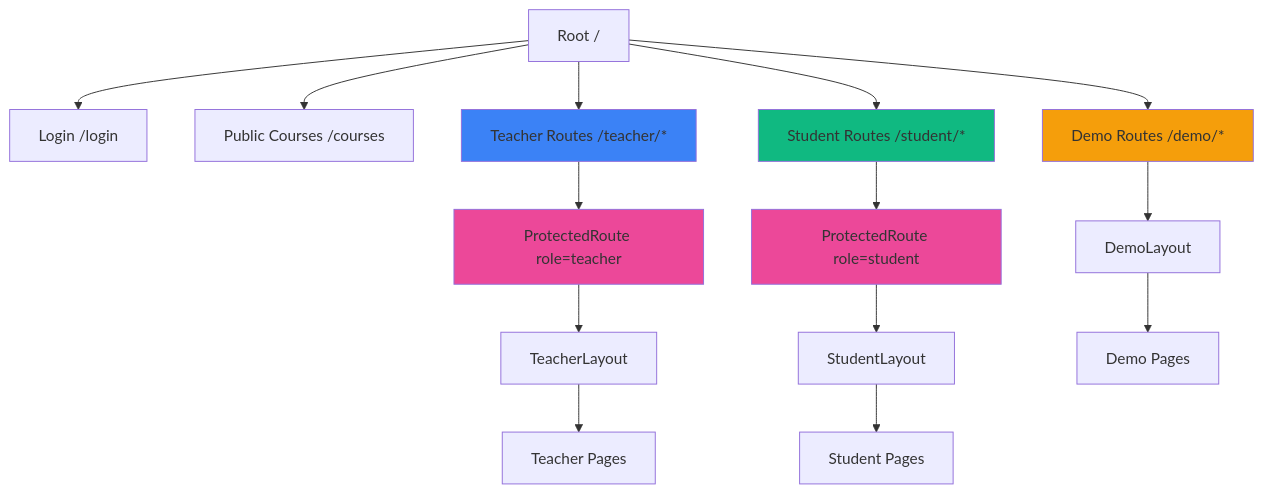
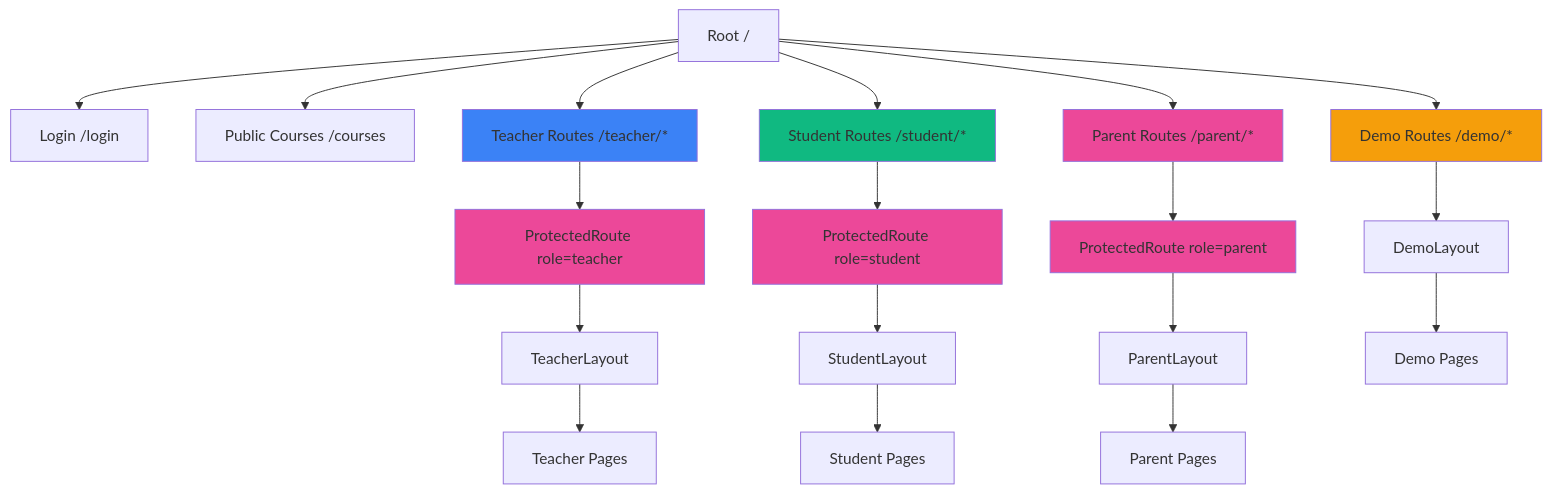
Before and after one commit to lil-id/ajarinaja: the seventh of 20 diagrams in ARCHITECTURE.md, drawn with Mermaid. The commit also changed other lines of this file and 6 other files, not shown here.

````diff
--- a/ARCHITECTURE.md
+++ b/ARCHITECTURE.md
@@ -692,25 +708,31 @@
 ```mermaid
 graph TD
     A["Root /"] --> B["Login /login"]
     A --> C["Public Courses /courses"]
     A --> D["Teacher Routes /teacher/*"]
     A --> E["Student Routes /student/*"]
+    A --> PA["Parent Routes /parent/*"]
     A --> F["Demo Routes /demo/*"]
     
     D --> G["ProtectedRoute role=teacher"]
     E --> H["ProtectedRoute role=student"]
+    PA --> PB["ProtectedRoute role=parent"]
     
     G --> I[TeacherLayout]
     H --> J[StudentLayout]
+    PB --> PC[ParentLayout]
     F --> K[DemoLayout]
     
     I --> L[Teacher Pages]
     J --> M[Student Pages]
+    PC --> PD[Parent Pages]
     K --> N[Demo Pages]
     
     style D fill:#3b82f6
     style E fill:#10b981
+    style PA fill:#ec4899
     style F fill:#f59e0b
     style G fill:#ec4899
     style H fill:#ec4899
+    style PB fill:#ec4899
 ```
````
